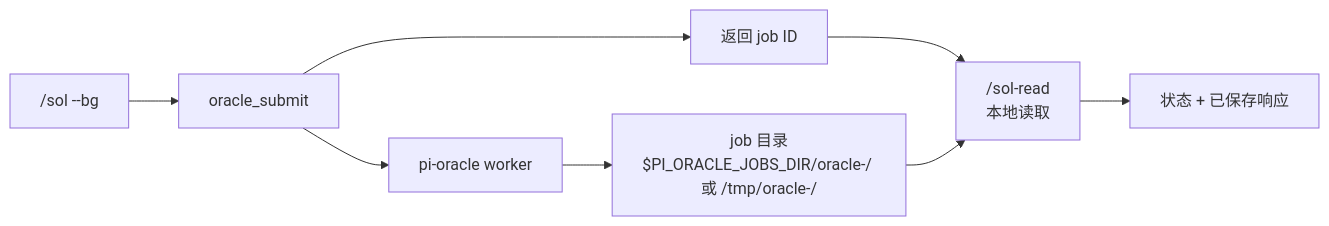
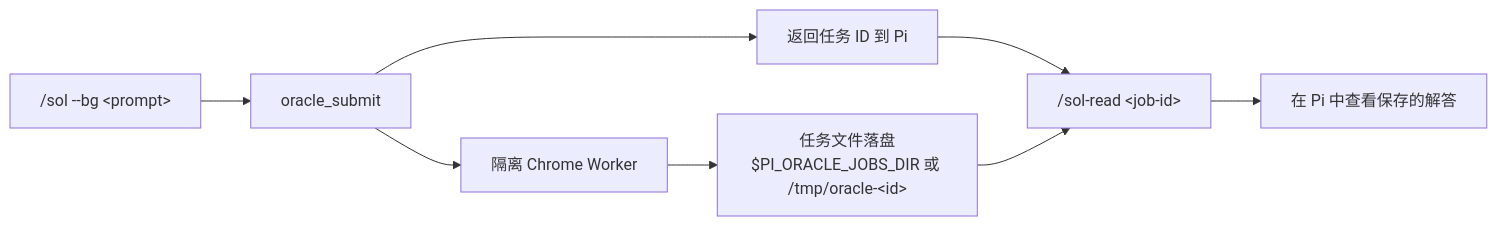
Before and after one commit to xiangbianpangde/pi-sol: the second of 2 diagrams in README.zh-CN.md, drawn with Mermaid. The commit also changed other lines of this file and 3 other files, not shown here.

````diff
--- a/README.zh-CN.md
+++ b/README.zh-CN.md
@@ -224,10 +200,10 @@
 ```mermaid
 flowchart LR
-    BG["/sol --bg <prompt>"] --> S["oracle_submit"]
-    S --> J["返回 job ID"]
-    S --> W["pi-oracle worker"]
-    W --> D["job 目录<br/>$PI_ORACLE_JOBS_DIR/oracle-<id>/ 或 /tmp/oracle-<id>/"]
-    J --> R["/sol-read <job-id><br/>本地读取"]
+    BG["/sol --bg &lt;prompt&gt;"] --> S["oracle_submit"]
+    S --> J["返回任务 ID 到 Pi"]
+    S --> W["隔离 Chrome Worker"]
+    W --> D["任务文件落盘<br/>$PI_ORACLE_JOBS_DIR 或 /tmp/oracle-&lt;id&gt;"]
+    J --> R["/sol-read &lt;job-id&gt;"]
     D --> R
-    R --> O["状态 + 已保存响应"]
+    R --> O["在 Pi 中查看保存的解答"]
 ```
````
